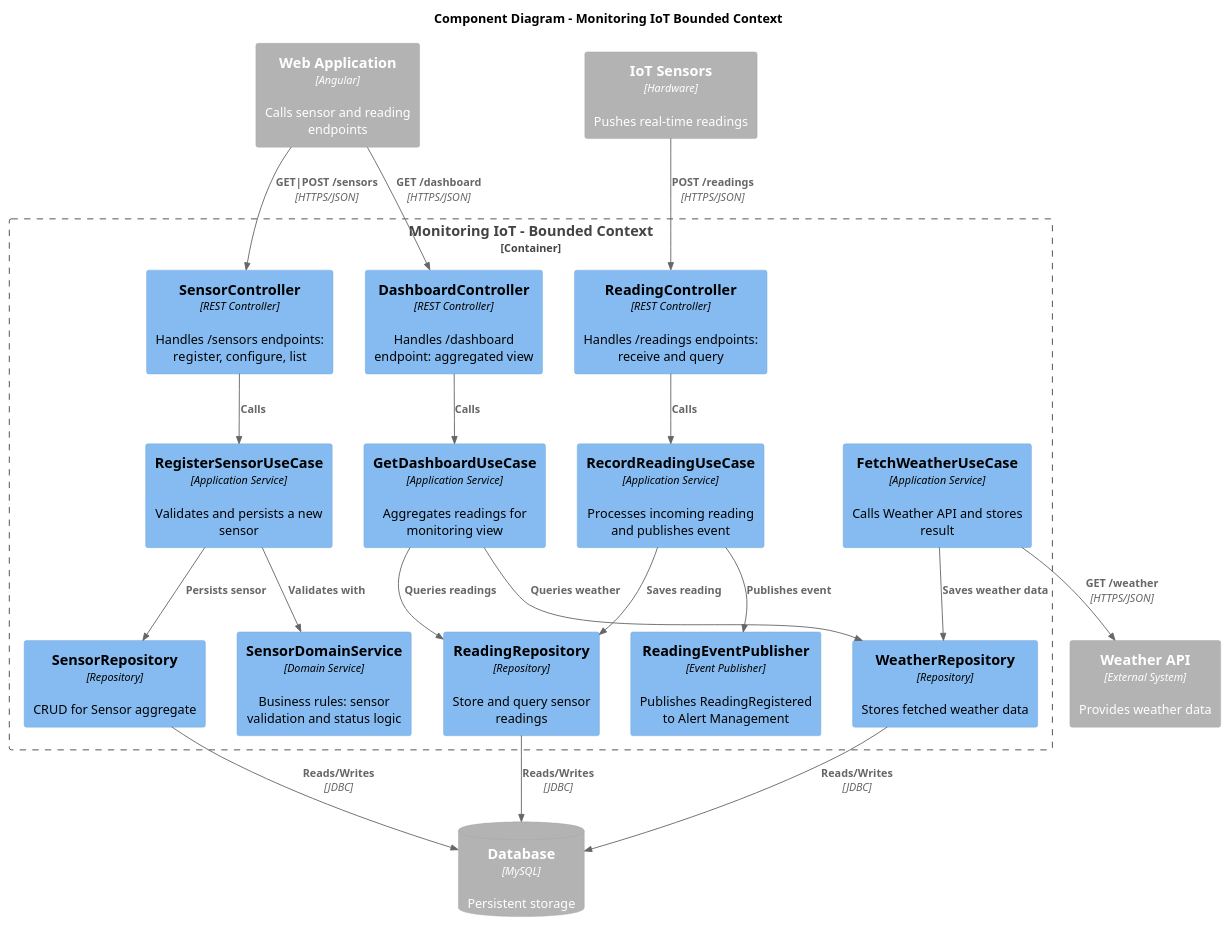
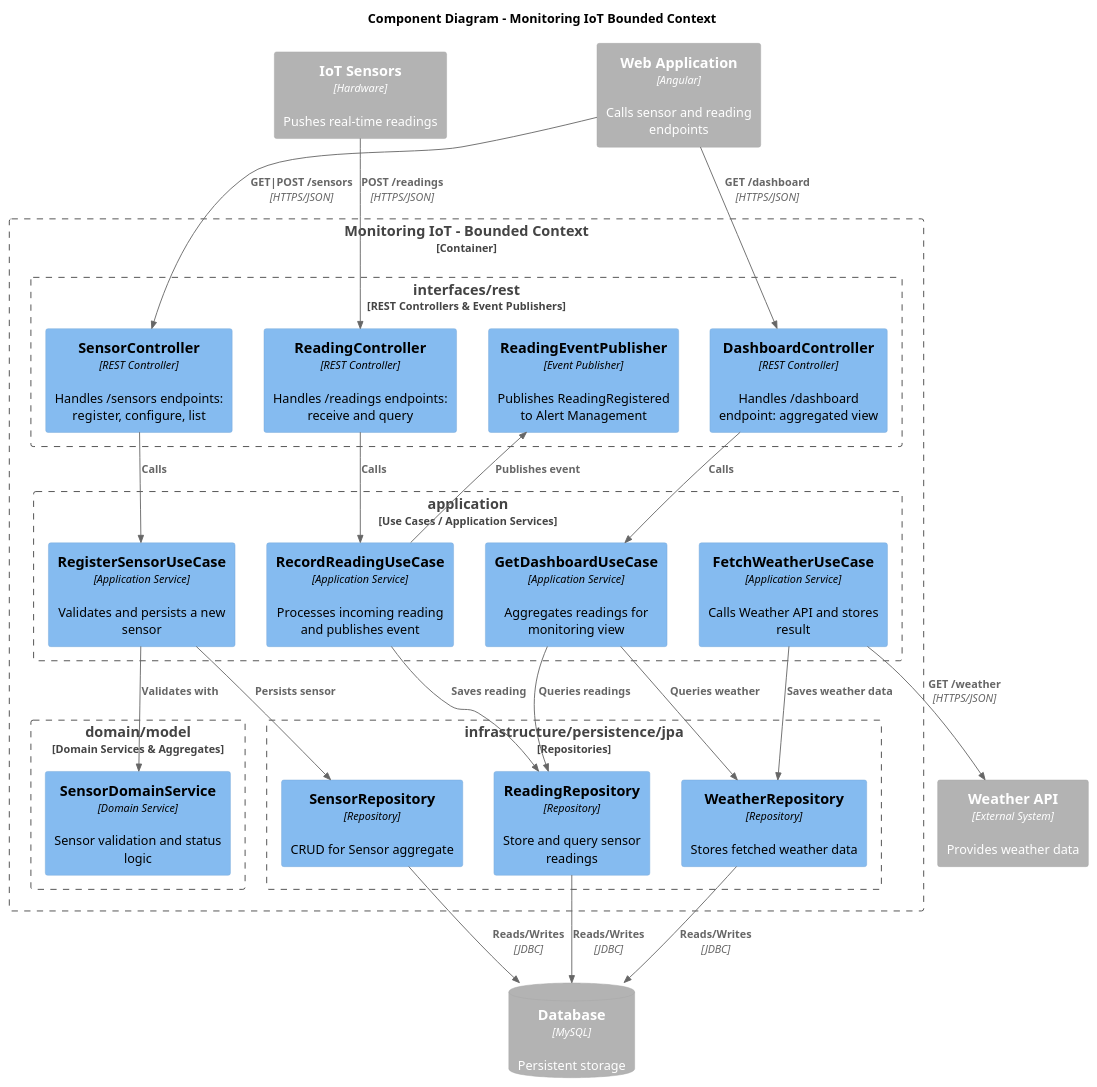
One commit to upc-pre-202610-1asi0729-11881-greenspot/kampo-report changed the diagram in docs/Arquitecture/softwareArquitectureComponentDiagramIOT.puml. Above: the diagram before and after it, drawn with PlantUML. The commit also changed 26 other files, not shown here.

Commit message:
docs(plantuml): refactoring C4 diagrams

```diff
--- a/docs/Arquitecture/softwareArquitectureComponentDiagramIOT.puml
+++ b/docs/Arquitecture/softwareArquitectureComponentDiagramIOT.puml
@@ -1,55 +1,72 @@
 @startuml
 !include https://raw.githubusercontent.com/plantuml-stdlib/C4-PlantUML/master/C4_Component.puml
 
 LAYOUT_TOP_DOWN()
 HIDE_STEREOTYPE()
 
 title Component Diagram – Monitoring IoT Bounded Context
 
 Container_Ext(spa, "Web Application", "Angular", "Calls sensor and reading endpoints")
 Container_Ext(iotSensors, "IoT Sensors", "Hardware", "Pushes real-time readings")
 Container_Ext(weatherApi, "Weather API", "External System", "Provides weather data")
 ContainerDb_Ext(db, "Database", "MySQL", "Persistent storage")
 
 Container_Boundary(monitoringBC, "Monitoring IoT – Bounded Context") {
 
-    Component(sensorController,   "SensorController",        "REST Controller",      "Handles /sensors endpoints: register, configure, list")
-    Component(readingController,  "ReadingController",       "REST Controller",      "Handles /readings endpoints: receive and query")
-    Component(dashboardController,"DashboardController",     "REST Controller",      "Handles /dashboard endpoint: aggregated view")
+    Boundary(interfaces, "interfaces/rest", "REST Controllers & Event Publishers") {
+        Component(sensorController,    "SensorController",      "REST Controller", "Handles /sensors endpoints: register, configure, list")
+        Component(readingController,   "ReadingController",     "REST Controller", "Handles /readings endpoints: receive and query")
+        Component(dashboardController, "DashboardController",   "REST Controller", "Handles /dashboard endpoint: aggregated view")
+        Component(readingEventPub,     "ReadingEventPublisher", "Event Publisher", "Publishes ReadingRegistered to Alert Management")
+    }
 
-    Component(registerSensorUC,   "RegisterSensorUseCase",   "Application Service",  "Validates and persists a new sensor")
-    Component(recordReadingUC,    "RecordReadingUseCase",    "Application Service",  "Processes incoming reading and publishes event")
-    Component(getDashboardUC,     "GetDashboardUseCase",     "Application Service",  "Aggregates readings for monitoring view")
-    Component(fetchWeatherUC,     "FetchWeatherUseCase",     "Application Service",  "Calls Weather API and stores result")
+    Boundary(application, "application", "Use Cases / Application Services") {
+        Component(registerSensorUC, "RegisterSensorUseCase", "Application Service", "Validates and persists a new sensor")
+        Component(recordReadingUC,  "RecordReadingUseCase",  "Application Service", "Processes incoming reading and publishes event")
+        Component(getDashboardUC,   "GetDashboardUseCase",   "Application Service", "Aggregates readings for monitoring view")
+        Component(fetchWeatherUC,   "FetchWeatherUseCase",   "Application Service", "Calls Weather API and stores result")
+    }
 
-    Component(sensorDomainService,"SensorDomainService",     "Domain Service",       "Business rules: sensor validation and status logic")
+    Boundary(domain, "domain/model", "Domain Services & Aggregates") {
+        Component(sensorDomainService, "SensorDomainService", "Domain Service", "Sensor validation and status logic")
+    }
 
-    Component(sensorRepo,         "SensorRepository",        "Repository",           "CRUD for Sensor aggregate")
-    Component(readingRepo,        "ReadingRepository",       "Repository",           "Store and query sensor readings")
-    Component(weatherRepo,        "WeatherRepository",       "Repository",           "Stores fetched weather data")
-
-    Component(readingEventPub,    "ReadingEventPublisher",   "Event Publisher",      "Publishes ReadingRegistered to Alert Management")
+    Boundary(infrastructure, "infrastructure/persistence/jpa", "Repositories") {
+        Component(sensorRepo,  "SensorRepository",  "Repository", "CRUD for Sensor aggregate")
+        Component(readingRepo, "ReadingRepository", "Repository", "Store and query sensor readings")
+        Component(weatherRepo, "WeatherRepository", "Repository", "Stores fetched weather data")
+    }
 }
 
-Rel(iotSensors,        readingController,  "POST /readings",           "HTTPS/JSON")
-Rel(spa,               sensorController,   "GET|POST /sensors",        "HTTPS/JSON")
-Rel(spa,               dashboardController,"GET /dashboard",           "HTTPS/JSON")
+' === External → Interface ===
+Rel(iotSensors, readingController,  "POST /readings",    "HTTPS/JSON")
+Rel(spa,        sensorController,   "GET|POST /sensors", "HTTPS/JSON")
+Rel(spa,        dashboardController,"GET /dashboard",    "HTTPS/JSON")
 
-Rel(sensorController,  registerSensorUC,   "Calls")
-Rel(readingController, recordReadingUC,    "Calls")
+' === Interface → Application ===
+Rel(sensorController,    registerSensorUC, "Calls")
+Rel(readingController,   recordReadingUC,  "Calls")
 Rel(dashboardController, getDashboardUC,   "Calls")
 
-Rel(registerSensorUC,  sensorDomainService,"Validates with")
-Rel(registerSensorUC,  sensorRepo,         "Persists sensor")
-Rel(recordReadingUC,   readingRepo,        "Saves reading")
-Rel(recordReadingUC,   readingEventPub,    "Publishes event")
-Rel(getDashboardUC,    readingRepo,        "Queries readings")
-Rel(getDashboardUC,    weatherRepo,        "Queries weather")
-Rel(fetchWeatherUC,    weatherApi,         "GET /weather",             "HTTPS/JSON")
-Rel(fetchWeatherUC,    weatherRepo,        "Saves weather data")
+' === Application → Domain ===
+Rel(registerSensorUC, sensorDomainService, "Validates with")
 
-Rel(sensorRepo,        db,                 "Reads/Writes",             "JDBC")
-Rel(readingRepo,       db,                 "Reads/Writes",             "JDBC")
-Rel(weatherRepo,       db,                 "Reads/Writes",             "JDBC")
+' === Application → Infrastructure ===
+Rel(registerSensorUC, sensorRepo,  "Persists sensor")
+Rel(recordReadingUC,  readingRepo, "Saves reading")
+Rel(getDashboardUC,   readingRepo, "Queries readings")
+Rel(getDashboardUC,   weatherRepo, "Queries weather")
+Rel(fetchWeatherUC,   weatherRepo, "Saves weather data")
+
+' === Application → Interface (events) ===
+Rel(recordReadingUC, readingEventPub, "Publishes event")
+
+' === Application → External ===
+Rel(fetchWeatherUC, weatherApi, "GET /weather", "HTTPS/JSON")
+
+' === Infrastructure → DB ===
+Rel(sensorRepo,  db, "Reads/Writes", "JDBC")
+Rel(readingRepo, db, "Reads/Writes", "JDBC")
+Rel(weatherRepo, db, "Reads/Writes", "JDBC")
 
 @enduml
```
